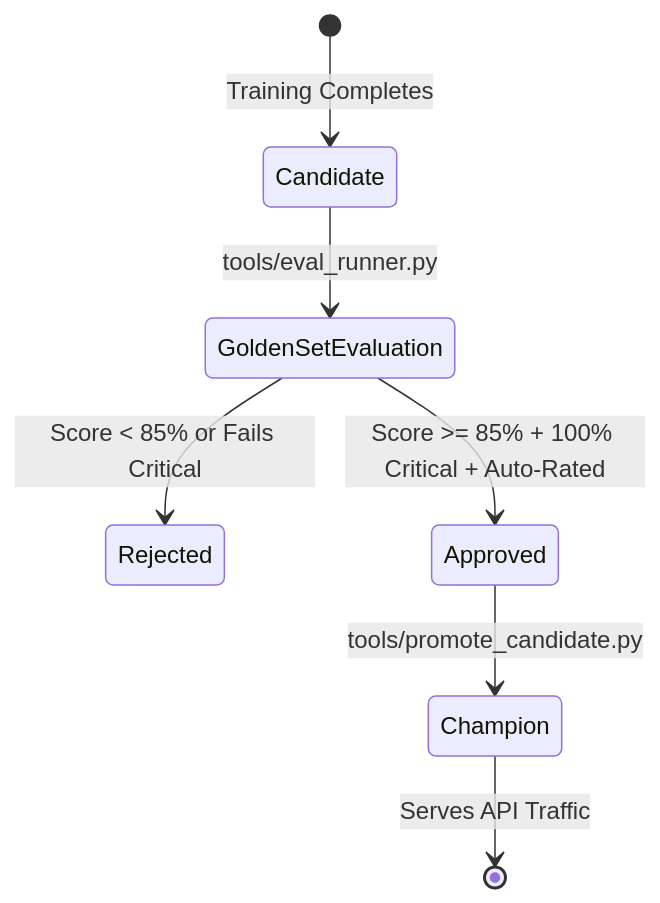
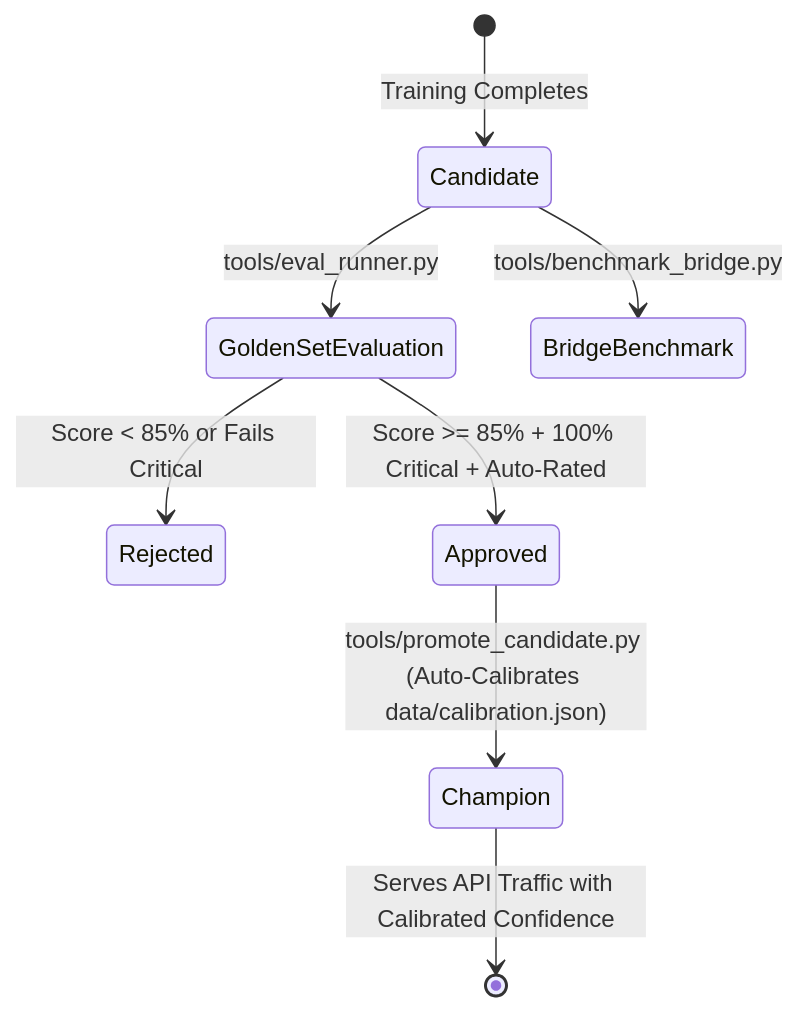
The third of 4 diagrams in docs/PROJECT_INDEX.md (pranav-labhe/Chit), drawn with Mermaid before and after one commit. The commit also changed other lines of this file and 24 other files, not shown here.

````diff
--- a/docs/PROJECT_INDEX.md
+++ b/docs/PROJECT_INDEX.md
@@ -189,11 +196,12 @@
 ```mermaid
 stateDiagram-v2
     [*] --> Candidate: Training Completes
     Candidate --> GoldenSetEvaluation: tools/eval_runner.py
+    Candidate --> BridgeBenchmark: tools/benchmark_bridge.py
     
     GoldenSetEvaluation --> Rejected: Score < 85% or Fails Critical
     GoldenSetEvaluation --> Approved: Score >= 85% + 100% Critical + Auto-Rated
     
-    Approved --> Champion: tools/promote_candidate.py
-    Champion --> [*]: Serves API Traffic
+    Approved --> Champion: tools/promote_candidate.py (Auto-Calibrates data/calibration.json)
+    Champion --> [*]: Serves API Traffic with Calibrated Confidence
 ```
````
